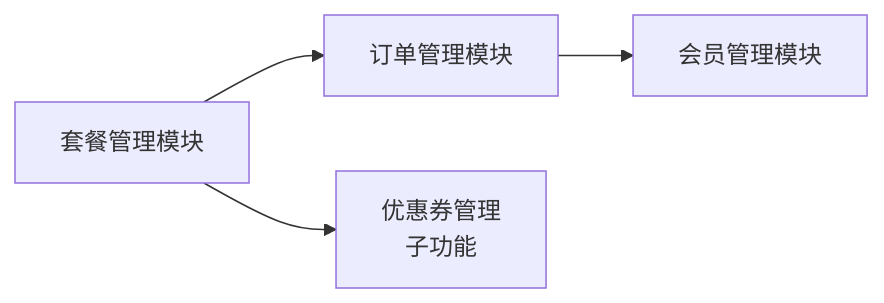
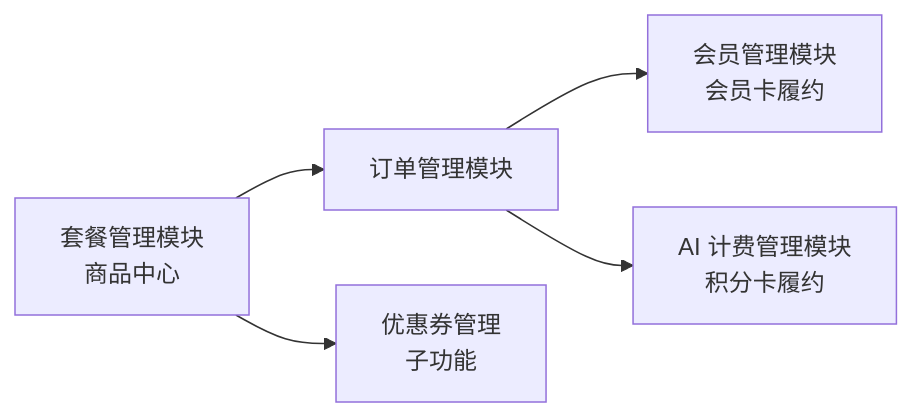
Before and after one commit to earthy-zinc/dehaze-system: the diagram in dehaze-doc/docs/03-模块设计/基础模块/套餐管理/需求规格.md, drawn with Mermaid. The commit also changed other lines of this file and 119 other files, not shown here.

````diff
--- a/dehaze-doc/docs/03-模块设计/基础模块/套餐管理/需求规格.md
+++ b/dehaze-doc/docs/03-模块设计/基础模块/套餐管理/需求规格.md
@@ -46,6 +52,7 @@
 ```mermaid
 flowchart LR
-    A[套餐管理模块] --> B[订单管理模块]
-    B --> C[会员管理模块]
-    A --> D[优惠券管理<br/>子功能]
+    A[套餐管理模块<br/>商品中心] --> B[订单管理模块]
+    B --> C[会员管理模块<br/>会员卡履约]
+    B --> D[AI 计费管理模块<br/>积分卡履约]
+    A --> E[优惠券管理<br/>子功能]
 ```
````
